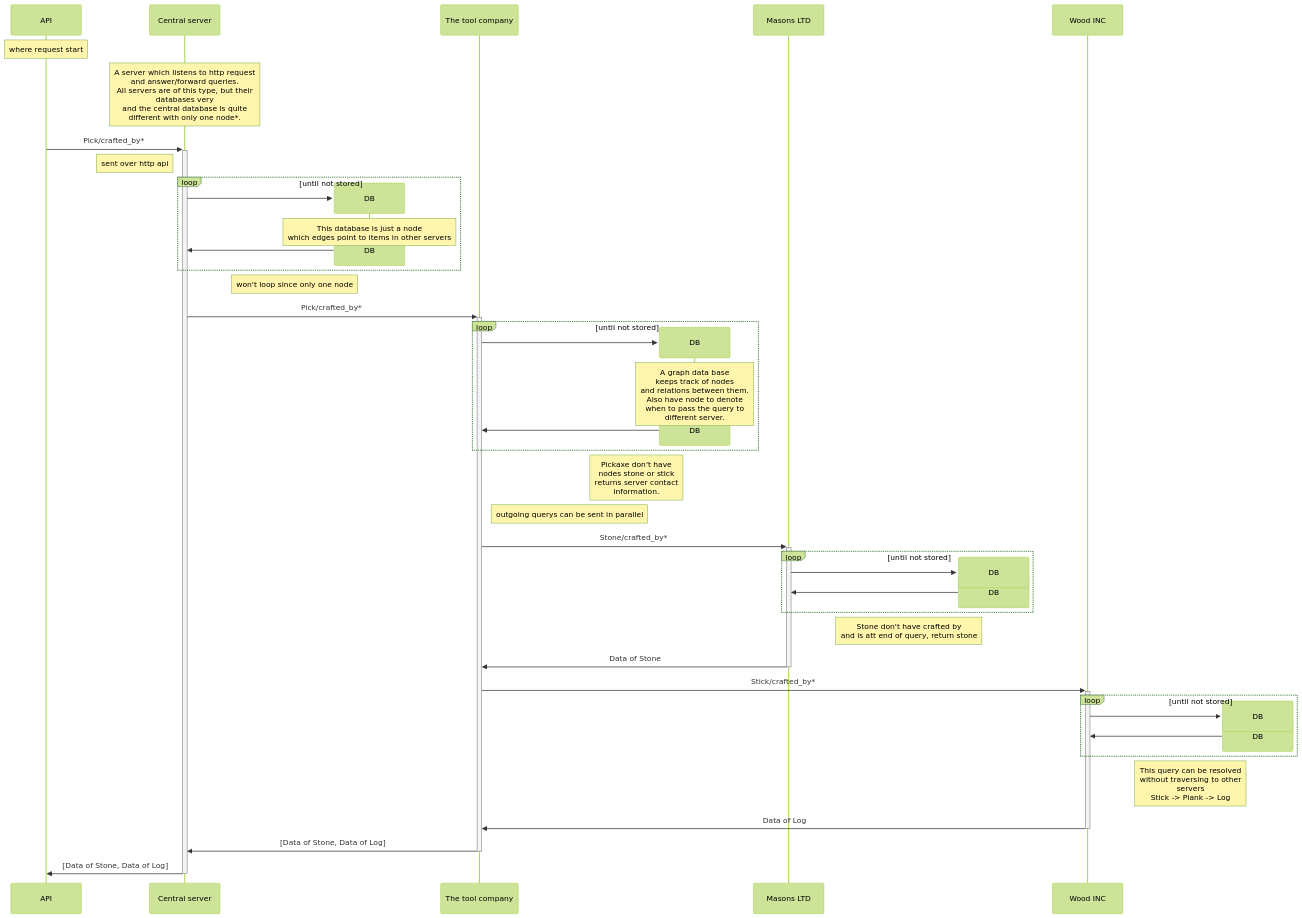
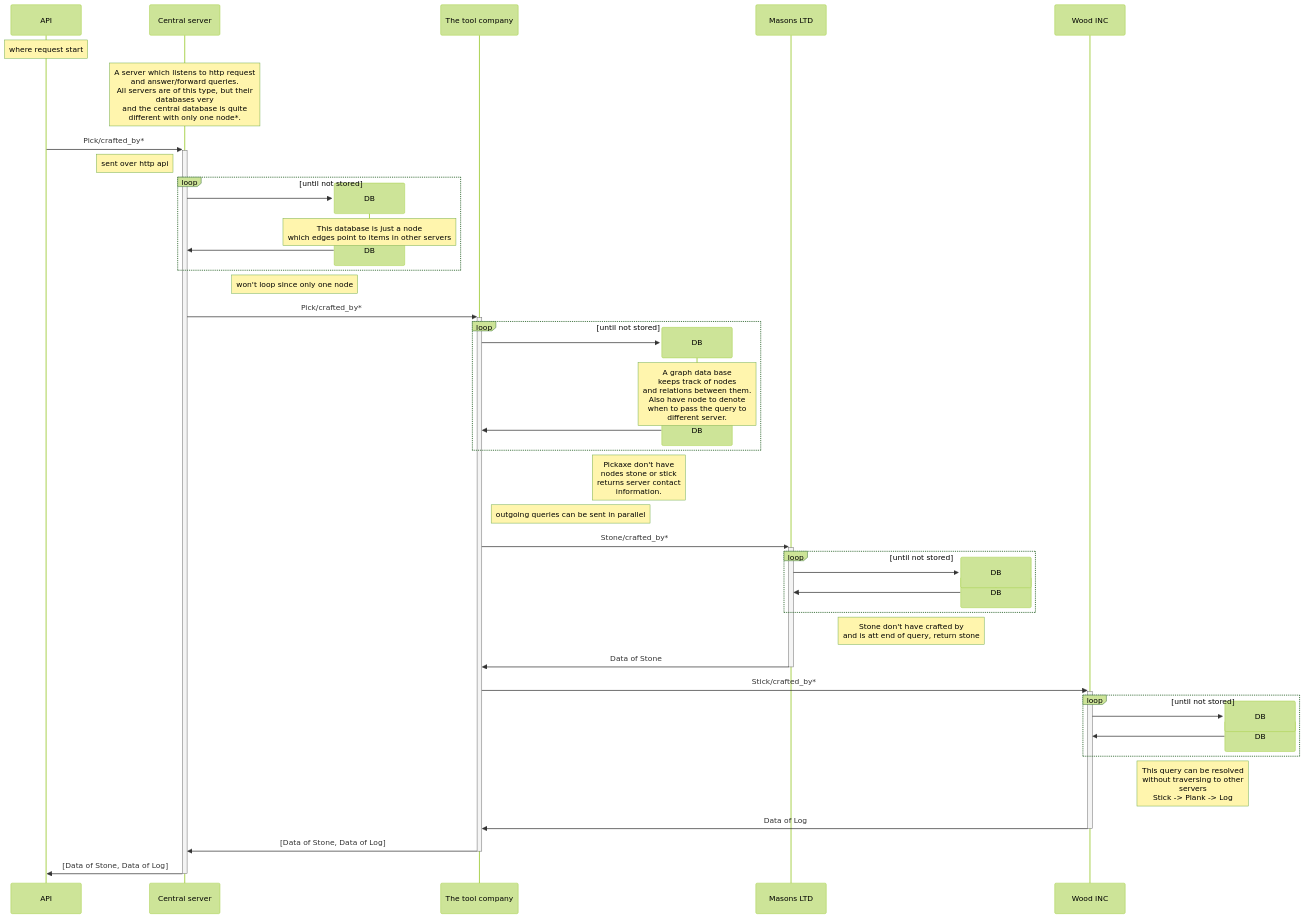
The sixth of 9 diagrams in README.md (d0020e-2024-group-5/Path-Expression-Traversal-System), drawn with Mermaid (forest theme) before and after one commit. The commit also changed other lines of this file, not shown here.

````diff
--- a/README.md
+++ b/README.md
@@ -386,71 +386,71 @@
 ```mermaid
 sequenceDiagram
     participant API
     participant cent as Central server
 
     note over API: where request start
 
 
     note over cent: A server which listens to http request<br/>and answer/forward queries.<br/>All servers are of this type, but their<br/>databases very<br/>and the central database is quite<br/>different with only one node*.
 
     API->>+cent: Pick/crafted_by*
     note left of cent: sent over http api
 
     loop until not stored
         create participant DB_A as DB
         cent->>DB_A: 
         note over DB_A: This database is just a node<br/>which edges point to items in other servers
         destroy DB_A
         DB_A->>cent: 
     end
     note left of DB_A: won't loop since only one node
 
 
 
     participant Tool_company as The tool company
     cent->>+Tool_company: Pick/crafted_by*
 
 
     loop until not stored
         create participant DB_B as DB
         Tool_company->> DB_B: 
         note over DB_B: A graph data base<br/>keeps track of nodes<br/>and relations between them.<br/>Also have node to denote<br/>when to pass the query to<br/>different server.
         destroy DB_B
         DB_B->>Tool_company: 
     end
 
     note left of DB_B: Pickaxe don't have<br/>nodes stone or stick<br/>returns server contact<br/>information.
 
     
-    note right of Tool_company: outgoing querys can be sent in parallel
+    note right of Tool_company: outgoing queries can be sent in parallel
     participant Mason_LTD as Masons LTD
     Tool_company->>+Mason_LTD: Stone/crafted_by*
 
 
     loop until not stored
         create participant DB_C as DB
         Mason_LTD->>DB_C: 
         destroy DB_C 
         DB_C->>Mason_LTD: 
     end
     note left of DB_C: Stone don't have crafted by<br/>and is att end of query, return stone
 
 
     Mason_LTD->>-Tool_company: Data of Stone
 
     participant Wood_INC as Wood INC
 
     Tool_company->>+Wood_INC: Stick/crafted_by*
     loop until not stored
         create participant DB_D as DB
         Wood_INC->>DB_D: 
         destroy DB_D
         DB_D->>Wood_INC: 
     end
     note left of DB_D: This query can be resolved<br/>without traversing to other<br/>servers<br/>Stick -> Plank -> Log
 
     Wood_INC->>-Tool_company: Data of Log
     Tool_company->>-cent: [Data of Stone, Data of Log]
     cent->>-API: [Data of Stone, Data of Log]
 
 ```
````
